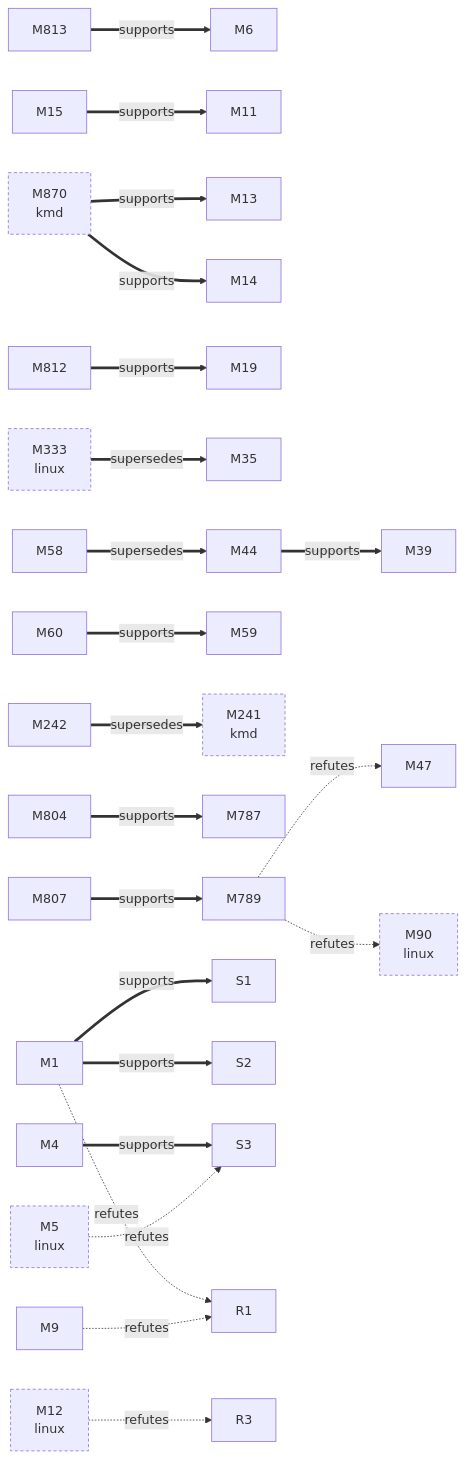
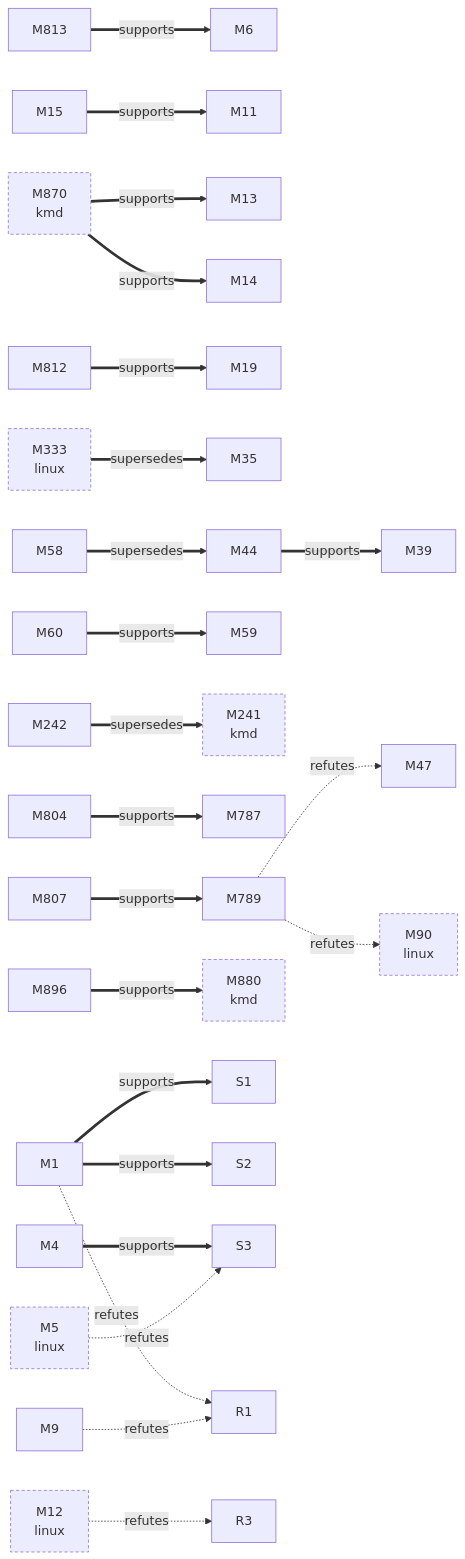
Before and after one commit to D-Ogi/amdgpu-wddm: the first of 3 diagrams in docs/facts/graphs/hardware.md, drawn with Mermaid. The commit also changed other lines of this file and 119 other files, not shown here.

````diff
--- a/docs/facts/graphs/hardware.md
+++ b/docs/facts/graphs/hardware.md
@@ -9,60 +9,63 @@
 ```mermaid
 flowchart LR
   M1["M1"]
   M4["M4"]
   M5["M5<br/>linux"]
   M6["M6"]
   M9["M9"]
   M11["M11"]
   M12["M12<br/>linux"]
   M13["M13"]
   M14["M14"]
   M15["M15"]
   M19["M19"]
   M35["M35"]
   M39["M39"]
   M44["M44"]
   M47["M47"]
   M58["M58"]
   M59["M59"]
   M60["M60"]
   M90["M90<br/>linux"]
   M241["M241<br/>kmd"]
   M242["M242"]
   M333["M333<br/>linux"]
   M787["M787"]
   M789["M789"]
   M804["M804"]
   M807["M807"]
   M812["M812"]
   M813["M813"]
   M870["M870<br/>kmd"]
+  M880["M880<br/>kmd"]
+  M896["M896"]
   S1["S1"]
   S2["S2"]
   S3["S3"]
   R1["R1"]
   R3["R3"]
   M1 ==>|supports| S1
   M1 ==>|supports| S2
   M1 -.->|refutes| R1
   M4 ==>|supports| S3
   M9 -.->|refutes| R1
   M15 ==>|supports| M11
   M44 ==>|supports| M39
   M58 ==>|supersedes| M44
   M60 ==>|supports| M59
   M242 ==>|supersedes| M241
   M789 -.->|refutes| M47
   M789 -.->|refutes| M90
   M804 ==>|supports| M787
   M807 ==>|supports| M789
   M812 ==>|supports| M19
   M813 ==>|supports| M6
+  M896 ==>|supports| M880
   M870 ==>|supports| M13
   M870 ==>|supports| M14
   M5 -.->|refutes| S3
   M12 -.->|refutes| R3
   M333 ==>|supersedes| M35
   classDef other stroke-dasharray:4 3
-  class M5,M12,M90,M241,M333,M870 other
+  class M5,M12,M90,M241,M333,M870,M880 other
 ```
````
